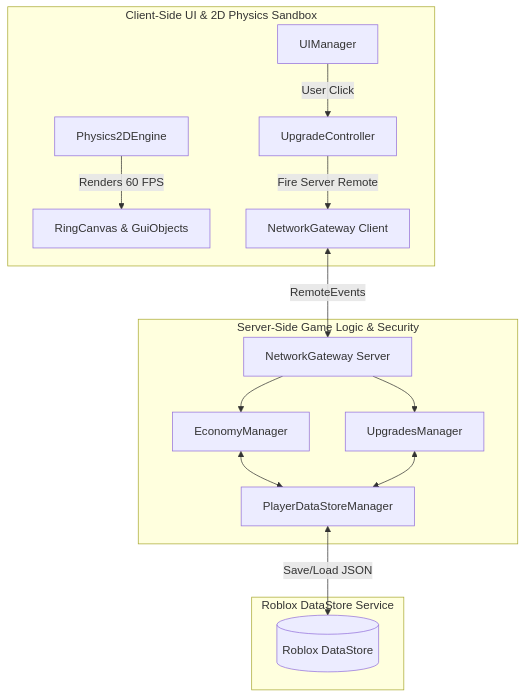
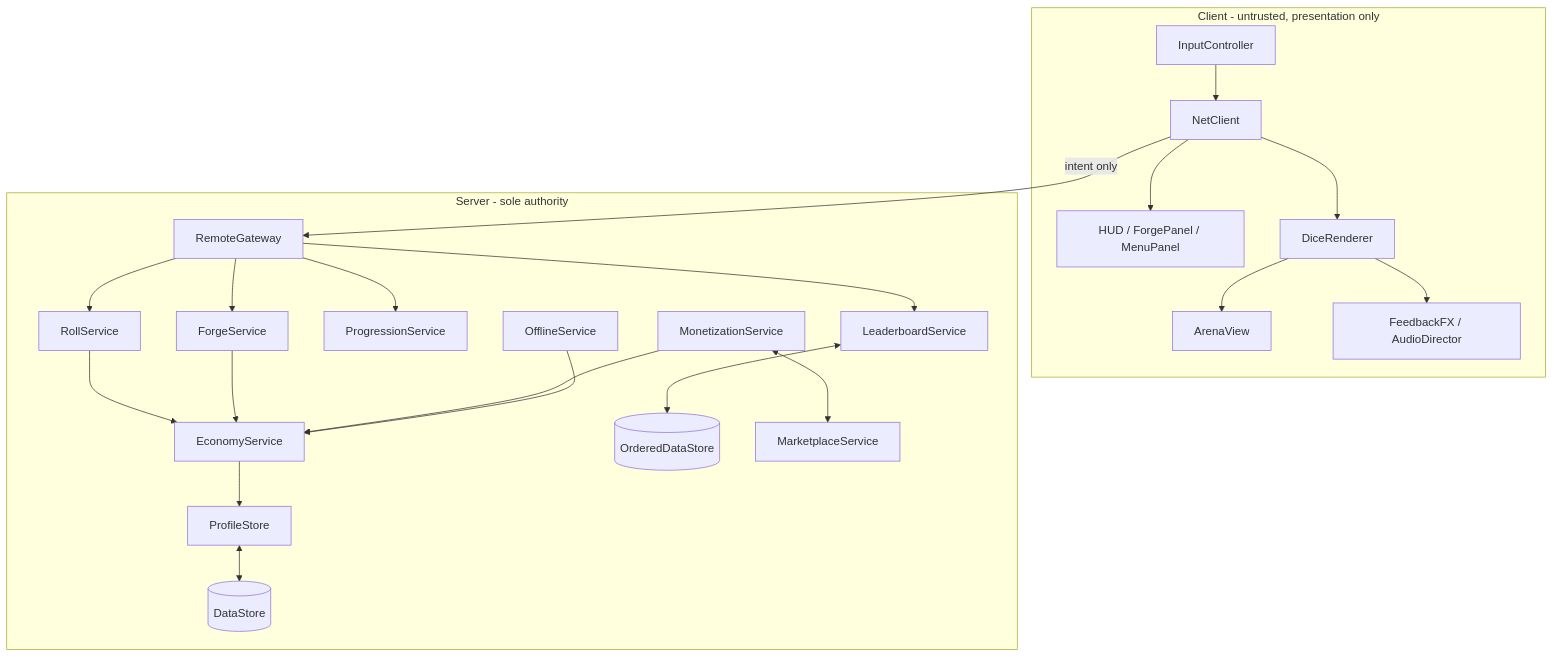
The diagram in docs/blueprint/HLD.md (HitanshG07/Rgame-dice), drawn with Mermaid before and after one commit. The commit also changed other lines of this file and 27 other files, not shown here.

First line of the commit message:
Blueprint: Dice Forge Incremental production document set

````diff
--- a/docs/blueprint/HLD.md
+++ b/docs/blueprint/HLD.md
@@ -8,20 +24,26 @@
 ```mermaid
 graph TD
-    subgraph Client [Client-Side UI & 2D Physics Sandbox]
-        A[Physics2DEngine] -->|Renders 60 FPS| B[RingCanvas & GuiObjects]
-        C[UIManager] -->|User Click| D[UpgradeController]
-        D -->|Fire Server Remote| E[NetworkGateway Client]
+    subgraph Client [Client - untrusted, presentation only]
+        IN[InputController] --> NC[NetClient]
+        NC --> HUD[HUD / ForgePanel / MenuPanel]
+        NC --> DR[DiceRenderer]
+        DR --> AR[ArenaView]
+        DR --> FX[FeedbackFX / AudioDirector]
     end
 
-    subgraph Server [Server-Side Game Logic & Security]
-        E <-->|RemoteEvents| F[NetworkGateway Server]
-        F --> G[EconomyManager]
-        F --> H[UpgradesManager]
-        G <--> I[PlayerDataStoreManager]
-        H <--> I
-    end
-
-    subgraph DataStore [Roblox DataStore Service]
-        I <-->|Save/Load JSON| J[(Roblox DataStore)]
+    subgraph Server [Server - sole authority]
+        NC -->|intent only| GW[RemoteGateway]
+        GW --> RS[RollService]
+        GW --> FS[ForgeService]
+        GW --> PS[ProgressionService]
+        GW --> LS[LeaderboardService]
+        RS --> EC[EconomyService]
+        FS --> EC
+        EC --> PR[ProfileStore]
+        MS[MonetizationService] --> EC
+        OS[OfflineService] --> EC
+        PR <--> DS[(DataStore)]
+        LS <--> ODS[(OrderedDataStore)]
+        MS <--> MP[MarketplaceService]
     end
 ```
````
